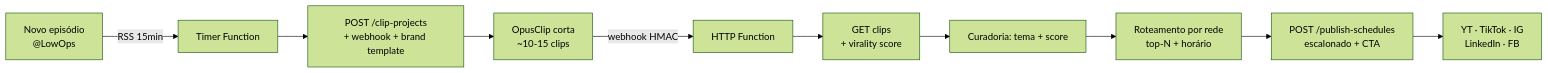
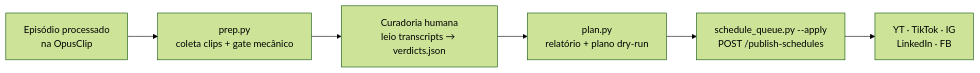
One commit to orafaelferreiraa/opus-schedule changed the diagram in README.md. Above: the diagram before and after it, drawn with Mermaid (forest theme). The commit also changed other lines of this file and 27 other files, not shown here.

````diff
--- a/README.md
+++ b/README.md
@@ -28,12 +30,8 @@
 ```mermaid
 flowchart LR
-  A[Novo episódio<br/>@LowOps] -->|RSS 15min| B[Timer Function]
-  B --> C[POST /clip-projects<br/>+ webhook + brand template]
-  C --> D[OpusClip corta<br/>~10-15 clips]
-  D -->|webhook HMAC| E[HTTP Function]
-  E --> F[GET clips<br/>+ virality score]
-  F --> G[Curadoria: tema + score]
-  G --> H[Roteamento por rede<br/>top-N + horário]
-  H --> I[POST /publish-schedules<br/>escalonado + CTA]
-  I --> J[YT · TikTok · IG<br/>LinkedIn · FB]
+  A[Episódio processado<br/>na OpusClip] --> B[prep.py<br/>coleta clips + gate mecânico]
+  B --> C[Curadoria humana<br/>leio transcripts → verdicts.json]
+  C --> D[plan.py<br/>relatório + plano dry-run]
+  D --> E[schedule_queue.py --apply<br/>POST /publish-schedules]
+  E --> F[YT · TikTok · IG<br/>LinkedIn · FB]
 ```
````
